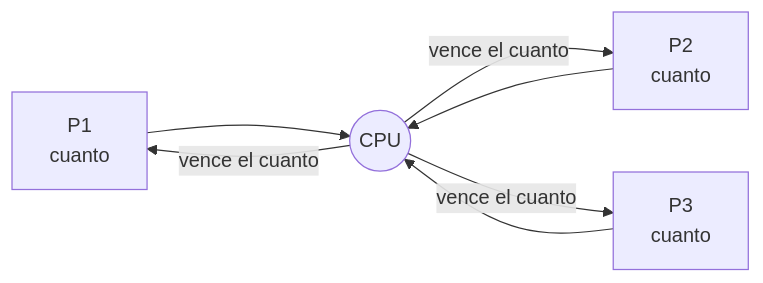
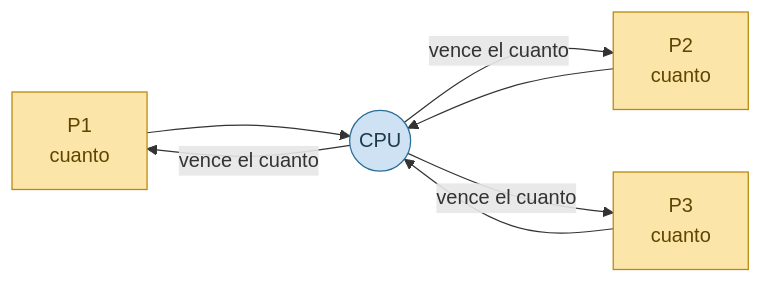
The fourth of 6 diagrams in TEORIA/04-planificacion-de-procesos/README.md (asiermarzo/ssoo), drawn with Mermaid before and after one commit. The commit also changed other lines of this file and 25 other files, not shown here.

Commit message:
refinado de diagramas mermaid y svg

````diff
--- a/TEORIA/04-planificacion-de-procesos/README.md
+++ b/TEORIA/04-planificacion-de-procesos/README.md
@@ -296,9 +326,14 @@
 ```mermaid
 flowchart LR
     Q1["P1<br/>cuanto"] --> CPU((CPU))
     CPU -->|vence el cuanto| Q2["P2<br/>cuanto"]
     Q2 --> CPU
     CPU -->|vence el cuanto| Q3["P3<br/>cuanto"]
     Q3 --> CPU
     CPU -->|vence el cuanto| Q1
+
+    classDef cola fill:#fce5a8,stroke:#b8860b,color:#5c4600;
+    classDef cpu fill:#cfe2f3,stroke:#2b6f99,color:#1b3a4b;
+    class Q1,Q2,Q3 cola;
+    class CPU cpu;
 ```
````
